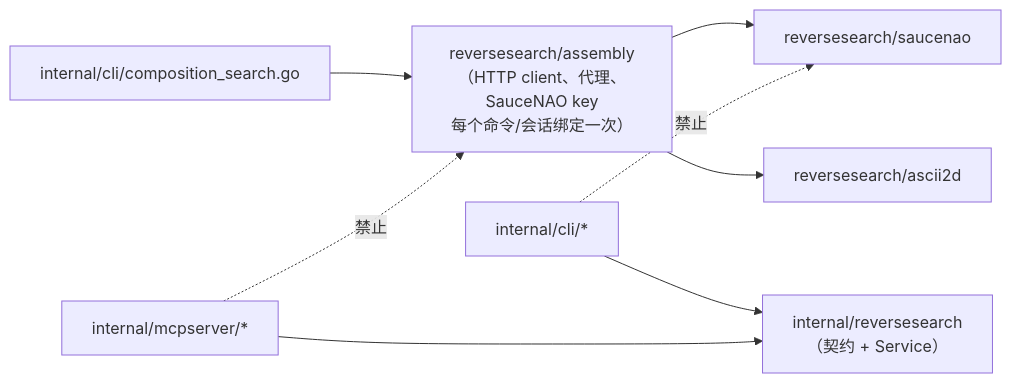
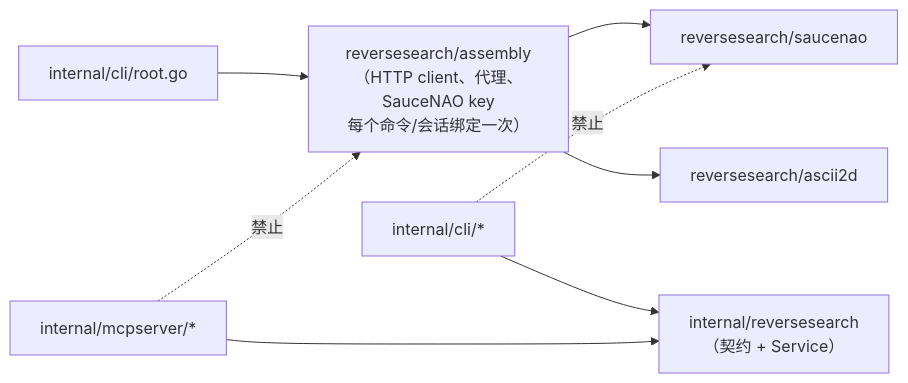
The third of 5 diagrams in docs/zh-CN/maintainers/architecture.md (FlanChanXwO/pixiv-cli), drawn with Mermaid before and after one commit. The commit also changed other lines of this file and 31 other files, not shown here.

First line of the commit message:
refactor(cli): collapse the CLI root package into one root.go (O07) (#266)

````diff
--- a/docs/zh-CN/maintainers/architecture.md
+++ b/docs/zh-CN/maintainers/architecture.md
@@ -191,10 +186,10 @@
 ```mermaid
 flowchart LR
-    COMP["internal/cli/composition_search.go"] --> ASM["reversesearch/assembly<br/>（HTTP client、代理、SauceNAO key<br/>每个命令/会话绑定一次）"]
+    COMP["internal/cli/root.go"] --> ASM["reversesearch/assembly<br/>（HTTP client、代理、SauceNAO key<br/>每个命令/会话绑定一次）"]
     ASM --> SN["reversesearch/saucenao"]
     ASM --> A2["reversesearch/ascii2d"]
     CMDS["internal/cli/*"] --> TOP["internal/reversesearch<br/>（契约 + Service）"]
     MCPS["internal/mcpserver/*"] --> TOP
     CMDS -.->|禁止| SN
     MCPS -.->|禁止| ASM
 ```
````
